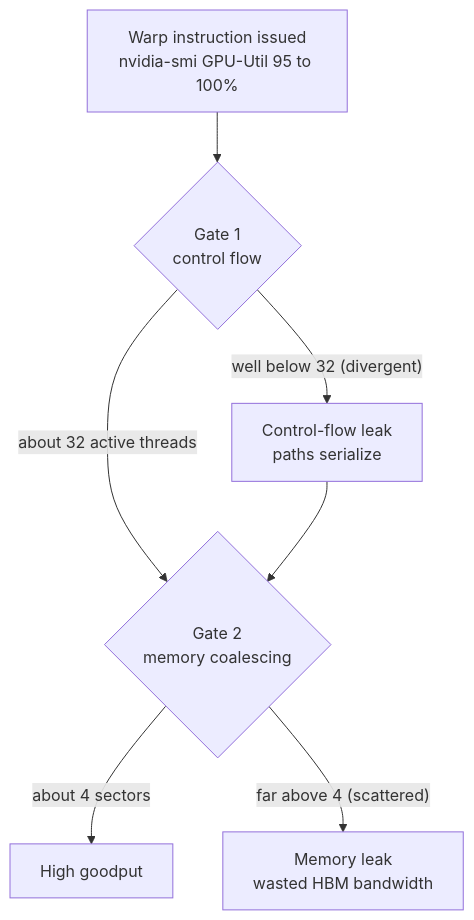
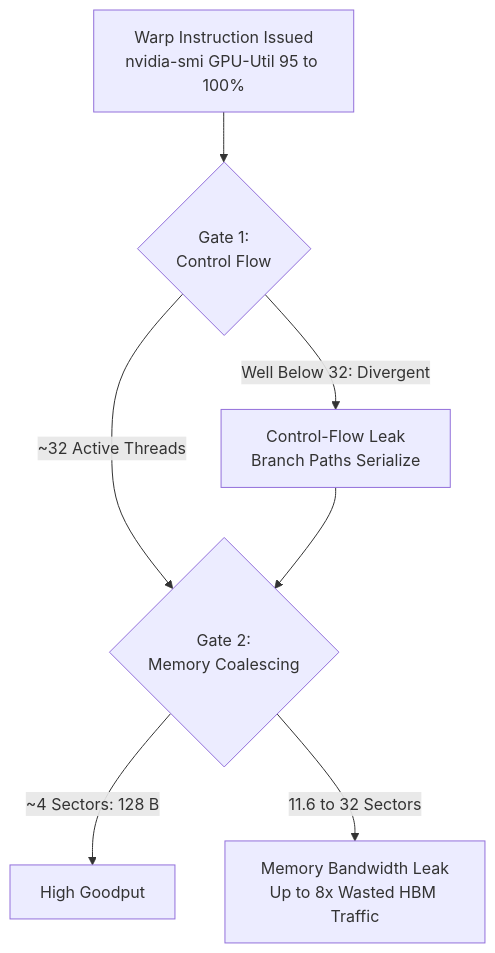
The fifth of 5 diagrams in docs/part-10-gpu-cuda/02-the-execution-model-threads-warps-blocks-and-sms.md (jithinpnjm/ai-infra-handbook), drawn with Mermaid before and after one commit. The commit also changed other lines of this file and 503 other files, not shown here.

````diff
--- a/docs/part-10-gpu-cuda/02-the-execution-model-threads-warps-blocks-and-sms.md
+++ b/docs/part-10-gpu-cuda/02-the-execution-model-threads-warps-blocks-and-sms.md
@@ -382,9 +392,9 @@
 ```mermaid
 flowchart TD
-  Issued["Warp instruction issued<br/>nvidia-smi GPU-Util 95 to 100%"] --> G1{"Gate 1<br/>control flow"}
-  G1 -->|"about 32 active threads"| G2{"Gate 2<br/>memory coalescing"}
-  G1 -->|"well below 32 (divergent)"| Leak1["Control-flow leak<br/>paths serialize"]
+  Issued["Warp Instruction Issued<br/>nvidia-smi GPU-Util 95 to 100%"] --> G1{"Gate 1:<br/>Control Flow"}
+  G1 -->|"~32 Active Threads"| G2{"Gate 2:<br/>Memory Coalescing"}
+  G1 -->|"Well Below 32: Divergent"| Leak1["Control-Flow Leak<br/>Branch Paths Serialize"]
   Leak1 --> G2
-  G2 -->|"about 4 sectors"| Good["High goodput"]
-  G2 -->|"far above 4 (scattered)"| Leak2["Memory leak<br/>wasted HBM bandwidth"]
+  G2 -->|"~4 Sectors: 128 B"| Good["High Goodput"]
+  G2 -->|"11.6 to 32 Sectors"| Leak2["Memory Bandwidth Leak<br/>Up to 8x Wasted HBM Traffic"]
 ```
````
